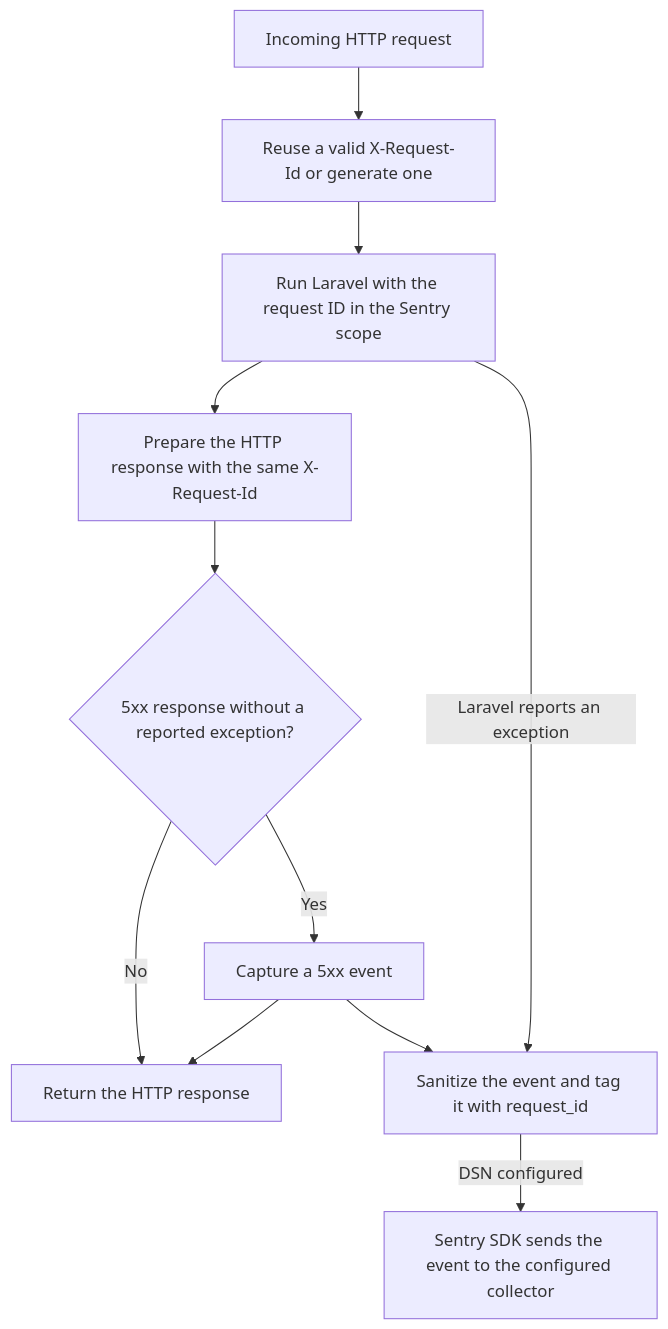
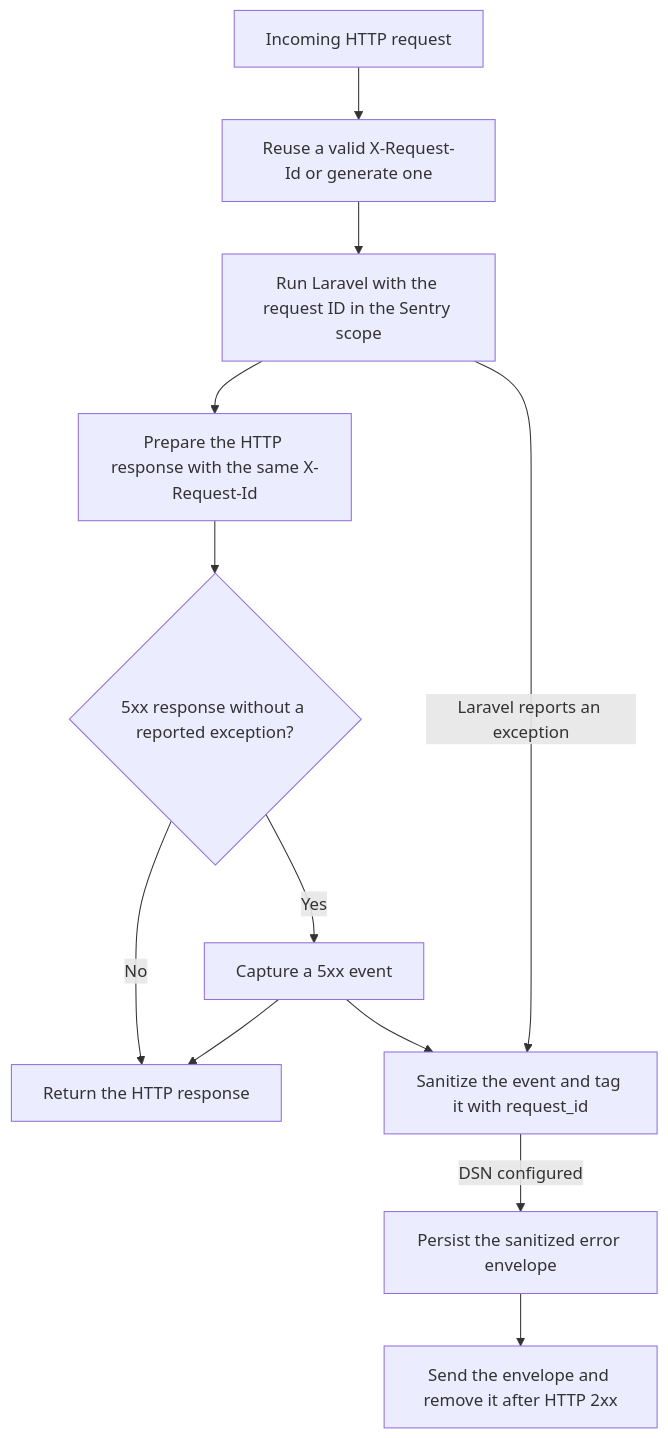
Before and after one commit to alanmjc/FaultThread: the second of 2 diagrams in README.md, drawn with Mermaid. The commit also changed other lines of this file and 8 other files, not shown here.

````diff
--- a/README.md
+++ b/README.md
@@ -181,13 +225,14 @@
 ```mermaid
 flowchart TD
     REQUEST["Incoming HTTP request"] --> ID["Reuse a valid X-Request-Id or generate one"]
     ID --> HANDLE["Run Laravel with the request ID in the Sentry scope"]
     HANDLE --> RESPONSE["Prepare the HTTP response with the same X-Request-Id"]
     RESPONSE --> FALLBACK{"5xx response without a reported exception?"}
     FALLBACK -->|No| RETURN["Return the HTTP response"]
     FALLBACK -->|Yes| CAPTURE["Capture a 5xx event"]
     CAPTURE --> RETURN
     HANDLE -->|Laravel reports an exception| FILTER["Sanitize the event and tag it with request_id"]
     CAPTURE --> FILTER
-    FILTER -->|DSN configured| COLLECTOR["Sentry SDK sends the event to the configured collector"]
+    FILTER -->|DSN configured| DISK["Persist the sanitized error envelope"]
+    DISK --> COLLECTOR["Send the envelope and remove it after HTTP 2xx"]
 ```
````
